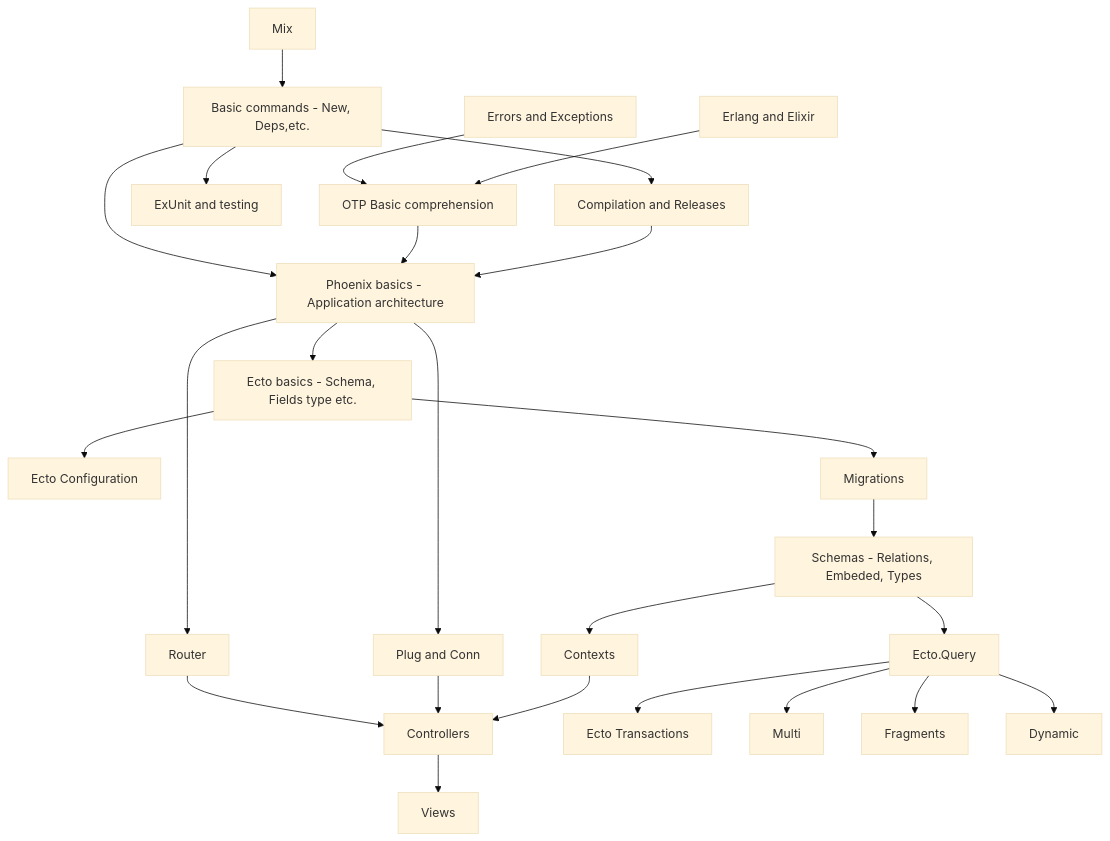
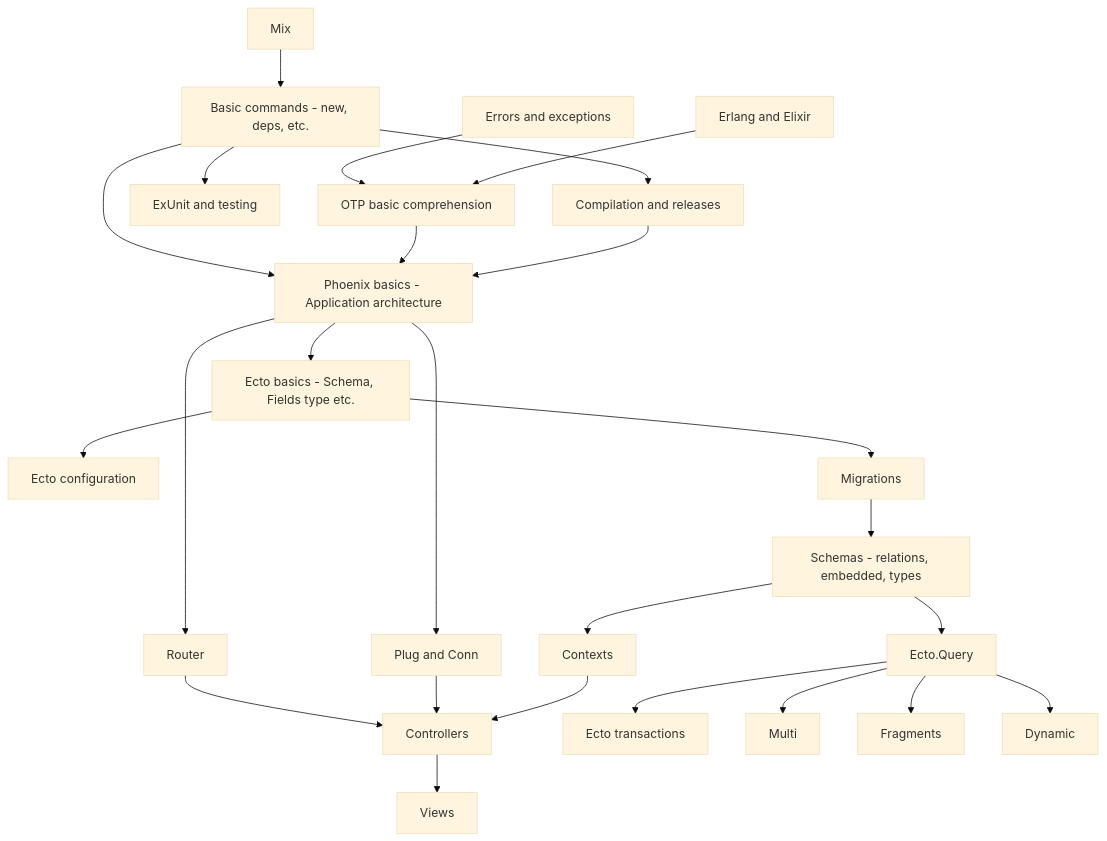
Before and after one commit to WTTJ/elixir-backend-learning-path: the second of 3 diagrams in README.md, drawn with Mermaid (base theme). The commit also changed other lines of this file, not shown here.

````diff
--- a/README.md
+++ b/README.md
@@ -217,49 +217,49 @@
 ```mermaid
 graph TD
     Mix[Mix]
-    Errors[Errors and Exceptions]
+    Errors[Errors and exceptions]
     Erlang[Erlang and Elixir]
-    OTP[OTP Basic comprehension]
-    BasicCommands[Basic commands - New, Deps,etc.]
+    OTP[OTP basic comprehension]
+    BasicCommands[Basic commands - new, deps, etc.]
     ExUnit[ExUnit and testing]
-    Compilation[Compilation and Releases]
+    Compilation[Compilation and releases]
     Phoenix[Phoenix basics - Application architecture]
     Plug[Plug and Conn]
     Router[Router]
     Controllers[Controllers]
     Views[Views]
     Contexts[Contexts]
     Ecto[Ecto basics - Schema, Fields type etc.]
-    RepoConfig[Ecto Configuration]
+    RepoConfig[Ecto configuration]
     Migrations[Migrations]
-    Schemas[Schemas - Relations, Embeded, Types]
+    Schemas[Schemas - relations, embedded, types]
     EctoQuery[Ecto.Query]
-    EctoTransaction[Ecto Transactions]
+    EctoTransaction[Ecto transactions]
     Multi[Multi]
     Fragments[Fragments]
     Dynamic[Dynamic]
     Mix --> BasicCommands
     Errors --> OTP
     Erlang --> OTP
     BasicCommands --> ExUnit
     BasicCommands --> Compilation
     BasicCommands --> Phoenix
     OTP --> Phoenix
     Compilation --> Phoenix
     Phoenix --> Ecto
     Phoenix --> Plug
     Phoenix --> Router
     Router --> Controllers
     Plug --> Controllers
     Controllers --> Views
     Contexts --> Controllers
     Ecto --> RepoConfig
     Ecto --> Migrations
     Migrations --> Schemas
     Schemas --> Contexts
     Schemas --> EctoQuery
     EctoQuery --> Multi
     EctoQuery --> Fragments
     EctoQuery --> Dynamic
     EctoQuery --> EctoTransaction
 ```
````
